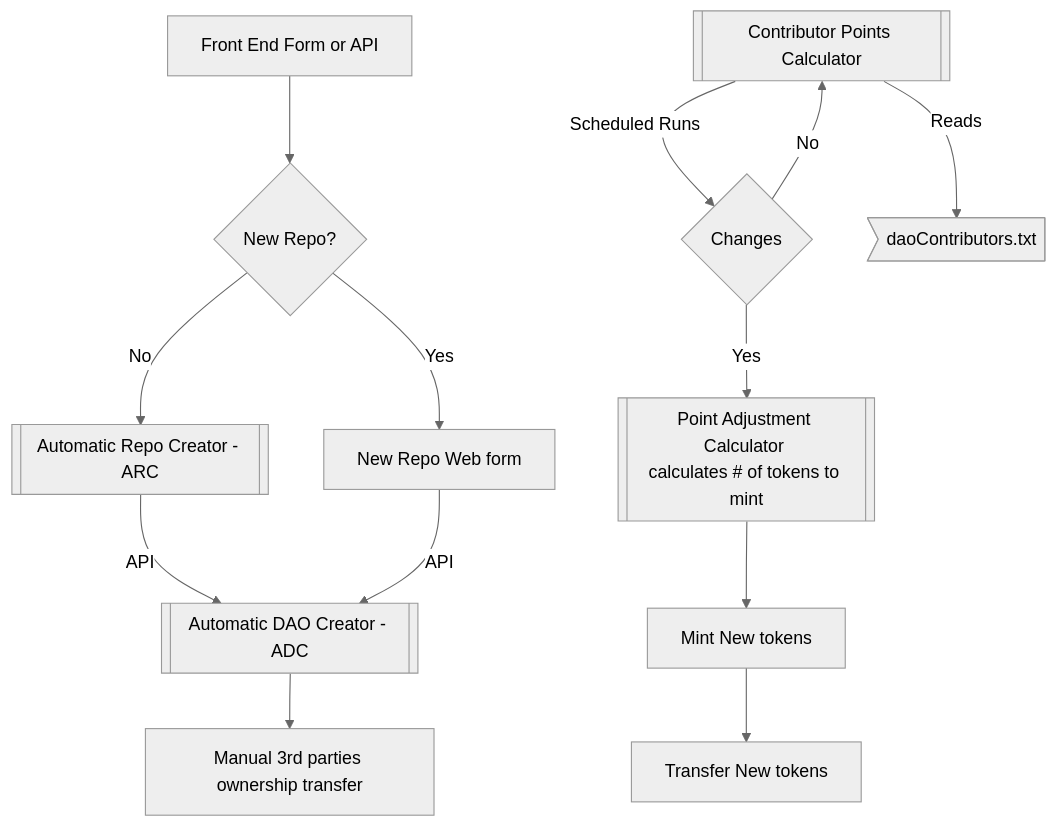
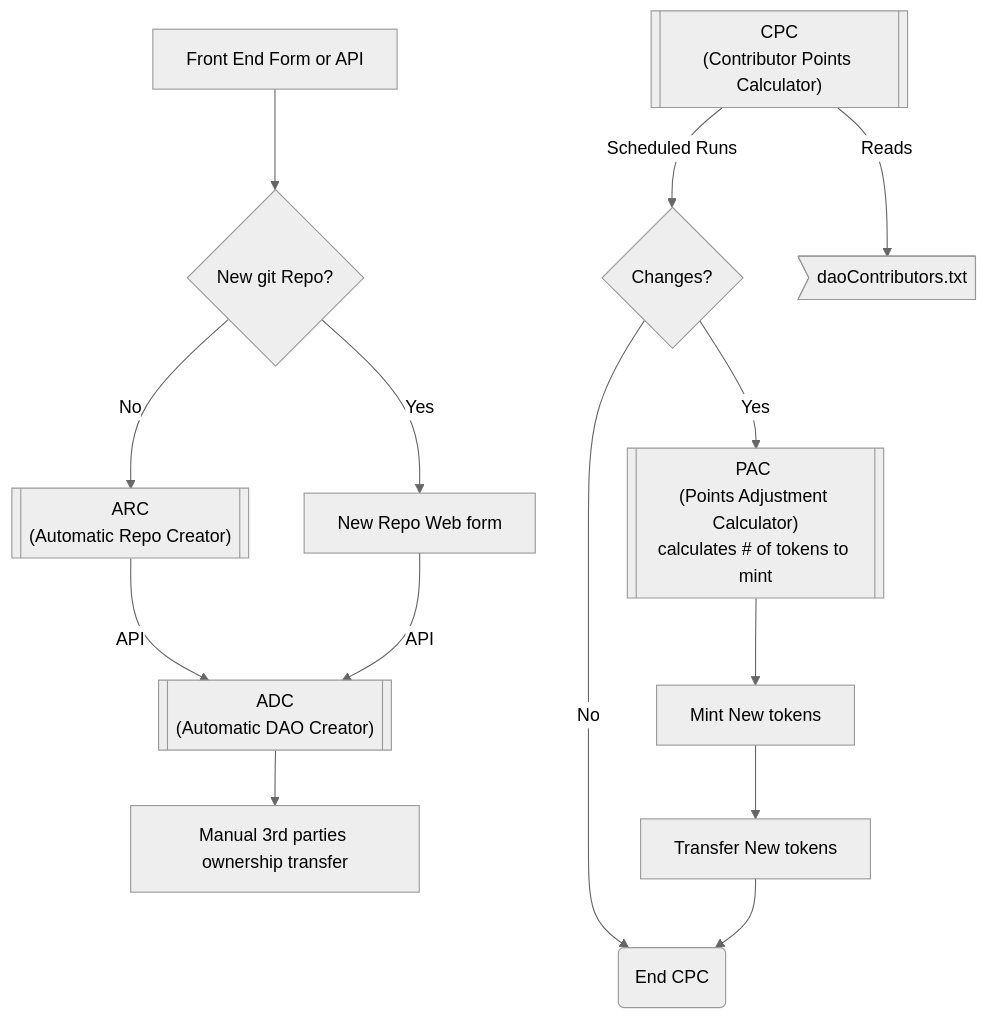
One commit to treboryatska/gitdao changed the diagram in README.md. Above: the diagram before and after it, drawn with Mermaid (neutral theme). The commit also changed other lines of this file, not shown here.

````diff
--- a/README.md
+++ b/README.md
@@ -47,28 +67,28 @@
 ```mermaid
 graph TD;
     FE(Front End Form or API)
-    Q1{New Repo?}
+    Q1{New git Repo?}
     NRWF[New Repo Web form]
-    ARC[[Automatic Repo Creator - ARC]]
-    ADC[[Automatic DAO Creator - ADC]]
+    ARC[["ARC <br> (Automatic Repo Creator)"]]
+    ADC[["ADC <br> (Automatic DAO Creator)"]]
     M3P[Manual 3rd parties ownership transfer]
-
     FE[Front End Form or API] --> Q1
     Q1 -->|Yes| NRWF
     Q1 -->|No| ARC
     ARC -->|API| ADC
     NRWF -->|API| ADC
     ADC --> M3P
+    ENDCPC("End CPC")
 
-    CPC[[Contributor Points Calculator]]
+    CPC[["CPC<br>(Contributor Points Calculator)"]]
     CPC -->|Scheduled Runs| CChanges
-    CChanges{Changes}
-    CChanges -->|No| CPC
-    CChanges -->|Yes| PointAdjustmentCalculator
-    PointAdjustmentCalculator[[Point Adjustment Calculator <br>calculates # of tokens to mint]]--> Mint
+    CChanges{Changes?}
+    CChanges -->|No| ENDCPC
+    CChanges -->|Yes| PAC
+    PAC[[" PAC <br>(Points Adjustment Calculator)<br>calculates # of tokens to mint"]]--> Mint
     Mint[Mint New tokens] --> Transfer
-    Transfer[Transfer New tokens]
-
+    Transfer[Transfer New tokens] --> ENDCPC
+    
     CPC -->|Reads| daoContributors
     daoContributors>"daoContributors.txt"]
 ```
````
